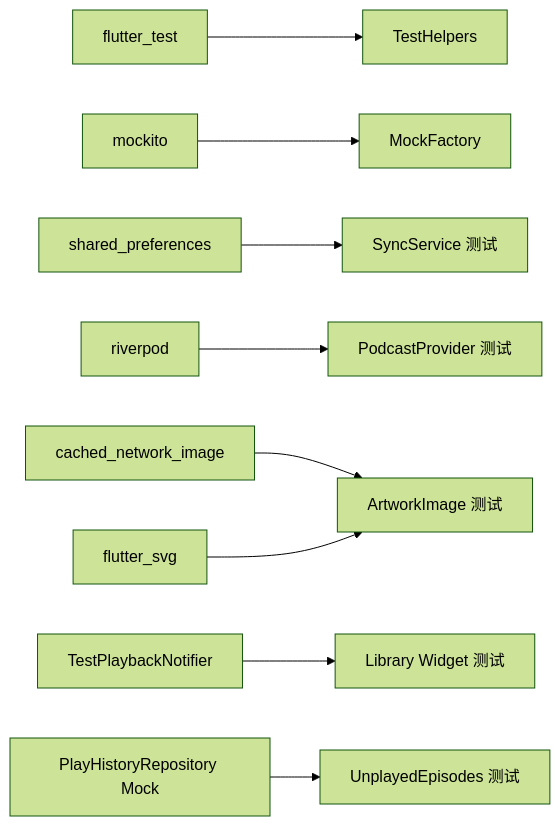
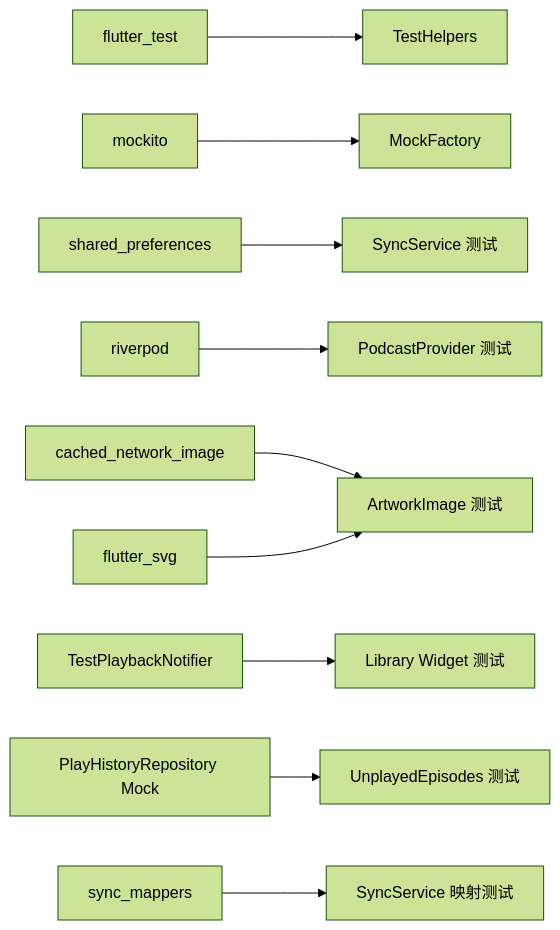
One commit to ZTfer/Tinycast changed diagram 12 of 12 in .qoder/repowiki/zh/content/开发指南/测试策略.md. Above: the diagram before and after it, drawn with Mermaid (forest theme). The commit also changed other lines of this file and 4 other files, not shown here.

````diff
--- a/.qoder/repowiki/zh/content/开发指南/测试策略.md
+++ b/.qoder/repowiki/zh/content/开发指南/测试策略.md
@@ -364,11 +396,12 @@
 ```mermaid
 graph LR
 FT["flutter_test"] --> TH["TestHelpers"]
 MK["mockito"] --> MF["MockFactory"]
 SP["shared_preferences"] --> SS["SyncService 测试"]
 RP["riverpod"] --> PP["PodcastProvider 测试"]
 CN["cached_network_image"] --> AI["ArtworkImage 测试"]
 SVG["flutter_svg"] --> AI
 TPN["TestPlaybackNotifier"] --> LIB["Library Widget 测试"]
 PHR["PlayHistoryRepository Mock"] --> UEP["UnplayedEpisodes 测试"]
+SM["sync_mappers"] --> SST["SyncService 映射测试"]
 ```
````
